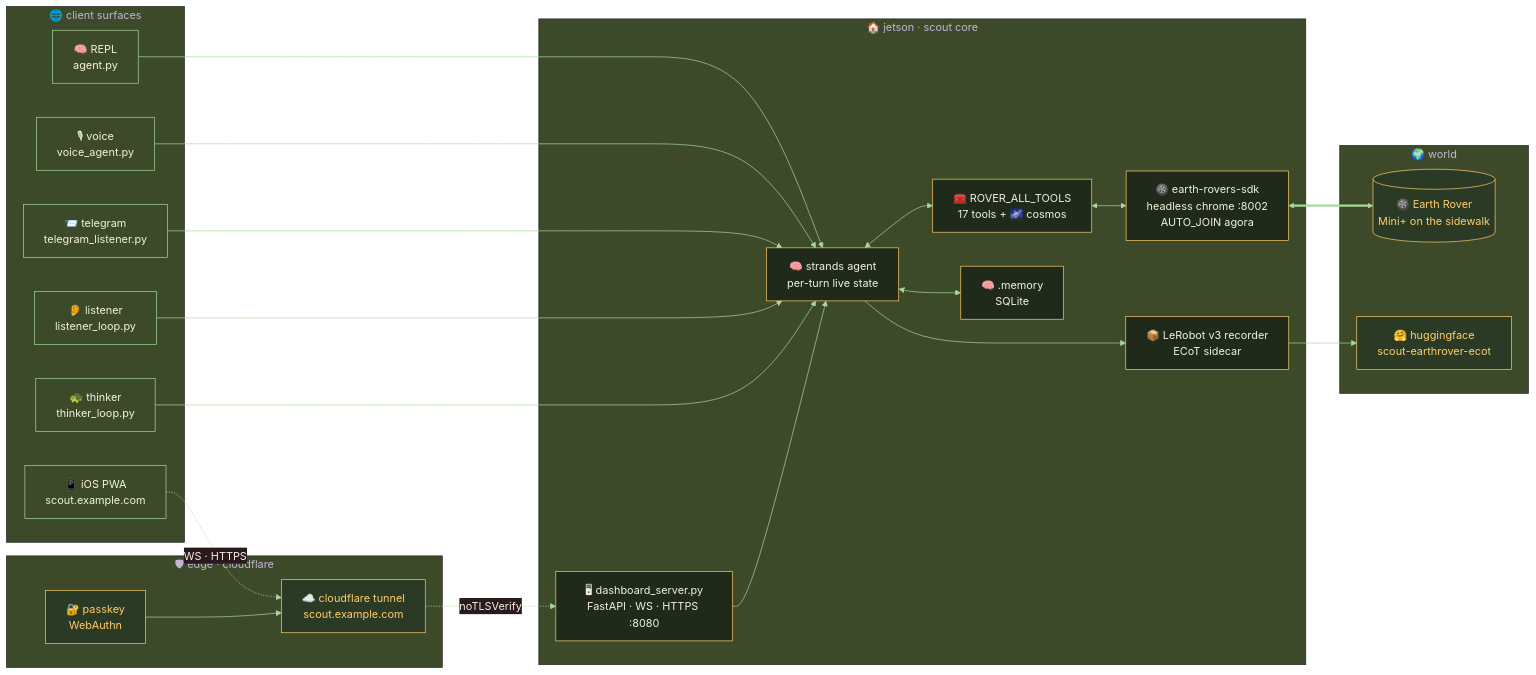
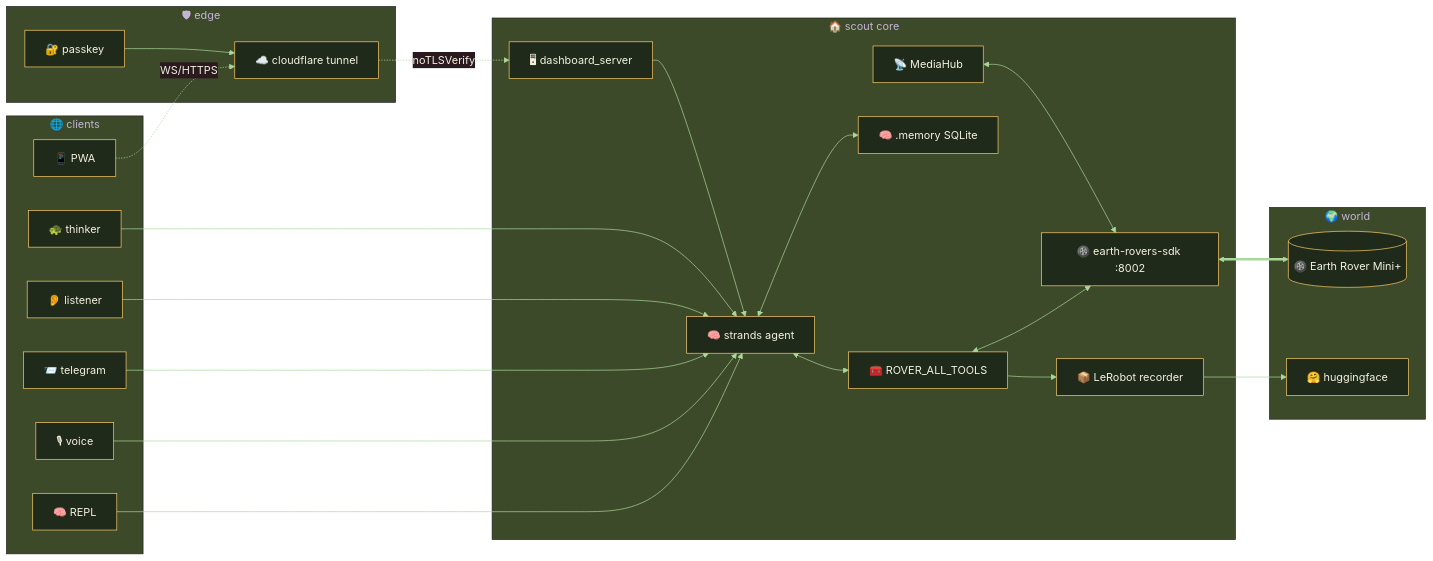
One commit to cagataycali/scout-the-rover changed the first of 2 diagrams in README.md. Above: the diagram before and after it, drawn with Mermaid. The commit also changed other lines of this file, not shown here.

````diff
--- a/README.md
+++ b/README.md
@@ -440,62 +292,33 @@
 ```mermaid
 %%{init: {'theme':'base','themeVariables':{
-  'background':'#0d130a',
-  'primaryColor':'#1f2a1a',
-  'primaryTextColor':'#f3f1de',
-  'primaryBorderColor':'#ffce6b',
-  'lineColor':'#a8d99a',
-  'tertiaryColor':'#3d4a2a',
-  'fontFamily':'ui-sans-serif, system-ui, sans-serif'
+  'background':'#0d130a','primaryColor':'#1f2a1a',
+  'primaryTextColor':'#f3f1de','primaryBorderColor':'#ffce6b',
+  'lineColor':'#a8d99a','tertiaryColor':'#3d4a2a'
 }}}%%
 flowchart LR
-    subgraph CLIENT["🌐 client surfaces"]
-        B[📱 iOS PWA<br/>scout.example.com]
-        R[🧠 REPL<br/>agent.py]
-        V[🎙 voice<br/>voice_agent.py]
-        T[📨 telegram<br/>telegram_listener.py]
-        L[👂 listener<br/>listener_loop.py]
-        TH[🐢 thinker<br/>thinker_loop.py]
+    subgraph CLIENT["🌐 clients"]
+        B[📱 PWA]; R[🧠 REPL]; V[🎙 voice]
+        T[📨 telegram]; L[👂 listener]; TH[🐢 thinker]
     end
-
-    subgraph EDGE["🛡 edge · cloudflare"]
-        CF[☁️ cloudflare tunnel<br/>scout.example.com]
-        PK[🔐 passkey<br/>WebAuthn]
+    subgraph EDGE["🛡 edge"]
+        CF[☁️ cloudflare tunnel]; PK[🔐 passkey]
     end
-
-    subgraph CORE["🏠 jetson · scout core"]
-        DASH[🖥 dashboard_server.py<br/>FastAPI · WS · HTTPS :8080]
-        AG[🧠 strands agent<br/>per-turn live state]
-        TB[🧰 ROVER_ALL_TOOLS<br/>17 tools + 🌌 cosmos]
-        REC[📦 LeRobot v3 recorder<br/>ECoT sidecar]
-        MEM[🧠 .memory<br/>SQLite]
-        SDK[🛞 earth-rovers-sdk<br/>headless chrome :8002<br/>AUTO_JOIN agora]
+    subgraph CORE["🏠 scout core"]
+        DASH[🖥 dashboard_server]; AG[🧠 strands agent]
+        TB[🧰 ROVER_ALL_TOOLS]; REC[📦 LeRobot recorder]
+        MEM[🧠 .memory SQLite]; SDK[🛞 earth-rovers-sdk :8002]
+        HUB[📡 MediaHub]
     end
-
     subgraph CLOUD["🌍 world"]
-        ROV[(🛞 Earth Rover<br/>Mini+ on the sidewalk)]
-        HF[🤗 huggingface<br/>scout-earthrover-ecot]
+        ROV[(🛞 Earth Rover Mini+)]; HF[🤗 huggingface]
     end
-
-    B -. WS · HTTPS .-> CF
+    B -. WS/HTTPS .-> CF
     CF -. noTLSVerify .-> DASH
     PK --> CF
-    R --> AG
-    V --> AG
-    T --> AG
-    L --> AG
-    TH --> AG
-    DASH --> AG
-    AG <--> TB
-    TB <--> SDK
-    AG --> REC
-    REC --> HF
+    R --> AG; V --> AG; T --> AG; L --> AG; TH --> AG; DASH --> AG
+    AG <--> TB; TB <--> SDK
+    HUB <--> SDK
+    TB --> REC; REC --> HF
     AG <--> MEM
     SDK <==> ROV
-
-    classDef glass fill:#1f2a1a,stroke:#ffce6b,color:#f3f1de;
-    classDef earth fill:#3d4a2a,stroke:#a8d99a,color:#f3f1de;
-    classDef sun fill:#2a3a24,stroke:#ffce6b,color:#ffce6b;
-    class DASH,AG,TB,REC,MEM,SDK glass;
-    class B,R,V,T,L,TH earth;
-    class CF,PK,ROV,HF sun;
 ```
````
